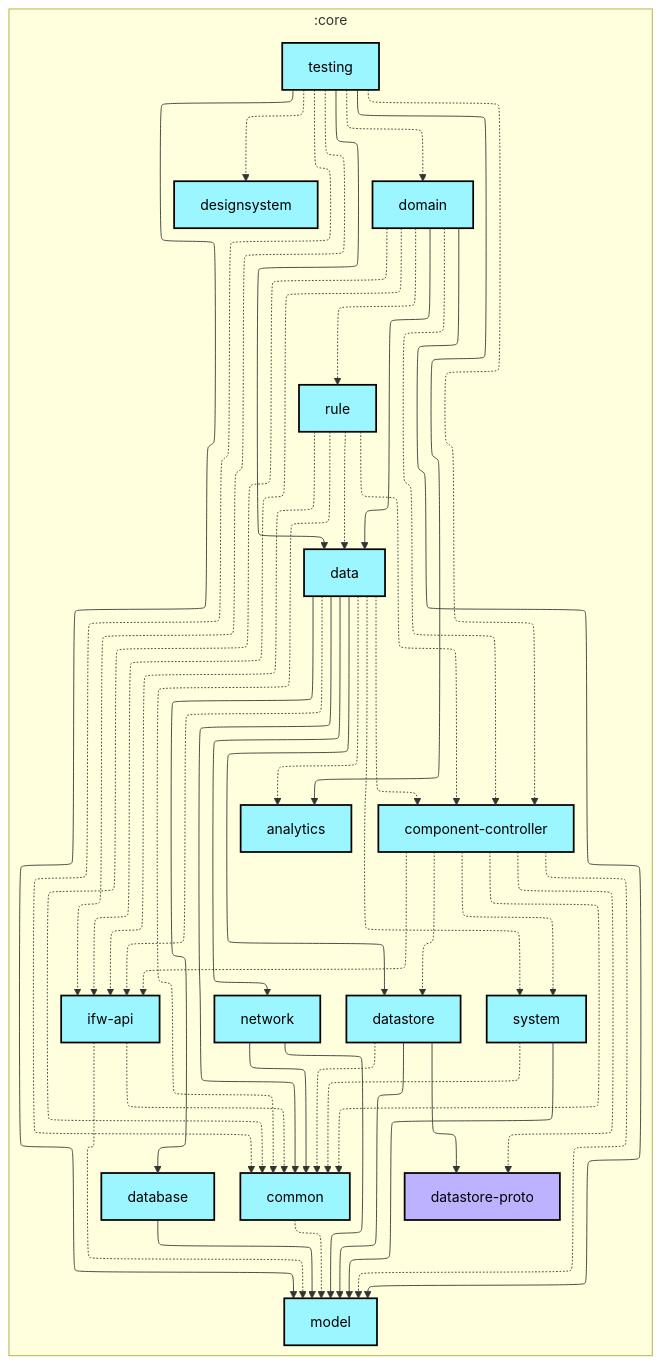
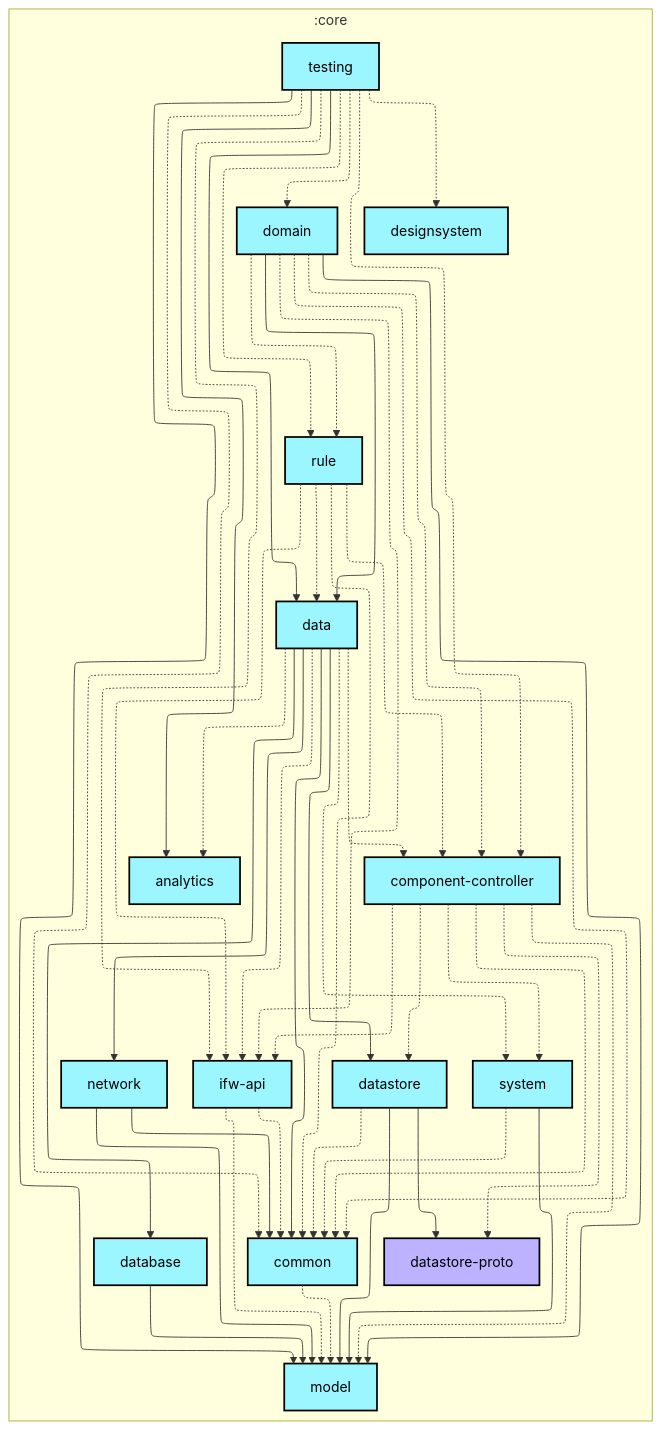
One commit to lihenggui/blocker changed the first of 2 diagrams in core/testing/README.md. Above: the diagram before and after it, drawn with Mermaid. The commit also changed 67 other files, not shown here.

````diff
--- a/core/testing/README.md
+++ b/core/testing/README.md
@@ -6,78 +6,79 @@
 ```mermaid
 ---
 config:
   layout: elk
   elk:
     nodePlacementStrategy: SIMPLE
 ---
 graph TB
   subgraph :core
     direction TB
     :core:analytics[analytics]:::android-library
     :core:common[common]:::android-library
     :core:component-controller[component-controller]:::android-library
     :core:data[data]:::android-library
     :core:database[database]:::android-library
     :core:datastore[datastore]:::android-library
     :core:datastore-proto[datastore-proto]:::jvm-library
     :core:designsystem[designsystem]:::android-library
     :core:domain[domain]:::android-library
     :core:ifw-api[ifw-api]:::android-library
     :core:model[model]:::android-library
     :core:network[network]:::android-library
     :core:rule[rule]:::android-library
     :core:system[system]:::android-library
     :core:testing[testing]:::android-library
   end
 
   :core:common -.-> :core:model
   :core:component-controller -.-> :core:common
   :core:component-controller -.-> :core:datastore
   :core:component-controller -.-> :core:datastore-proto
   :core:component-controller -.-> :core:ifw-api
   :core:component-controller -.-> :core:model
   :core:component-controller -.-> :core:system
   :core:data -.-> :core:analytics
   :core:data --> :core:common
   :core:data -.-> :core:component-controller
   :core:data --> :core:database
   :core:data --> :core:datastore
   :core:data -.-> :core:ifw-api
   :core:data --> :core:network
   :core:data -.-> :core:system
   :core:database --> :core:model
   :core:datastore -.-> :core:common
   :core:datastore --> :core:datastore-proto
   :core:datastore --> :core:model
   :core:domain -.-> :core:common
   :core:domain -.-> :core:component-controller
   :core:domain --> :core:data
   :core:domain -.-> :core:ifw-api
   :core:domain --> :core:model
   :core:domain -.-> :core:rule
   :core:ifw-api -.-> :core:common
   :core:ifw-api -.-> :core:model
   :core:network --> :core:common
   :core:network --> :core:model
   :core:rule -.-> :core:common
   :core:rule -.-> :core:component-controller
   :core:rule -.-> :core:data
   :core:rule -.-> :core:ifw-api
   :core:system -.-> :core:common
   :core:system --> :core:model
   :core:testing --> :core:analytics
   :core:testing -.-> :core:common
   :core:testing -.-> :core:component-controller
   :core:testing --> :core:data
   :core:testing -.-> :core:designsystem
   :core:testing -.-> :core:domain
   :core:testing -.-> :core:ifw-api
   :core:testing --> :core:model
+  :core:testing -.-> :core:rule
 
 classDef android-application fill:#CAFFBF,stroke:#000,stroke-width:2px,color:#000;
 classDef android-feature fill:#FFD6A5,stroke:#000,stroke-width:2px,color:#000;
 classDef android-library fill:#9BF6FF,stroke:#000,stroke-width:2px,color:#000;
 classDef android-test fill:#A0C4FF,stroke:#000,stroke-width:2px,color:#000;
 classDef jvm-library fill:#BDB2FF,stroke:#000,stroke-width:2px,color:#000;
 classDef unknown fill:#FFADAD,stroke:#000,stroke-width:2px,color:#000;
 ```
````
